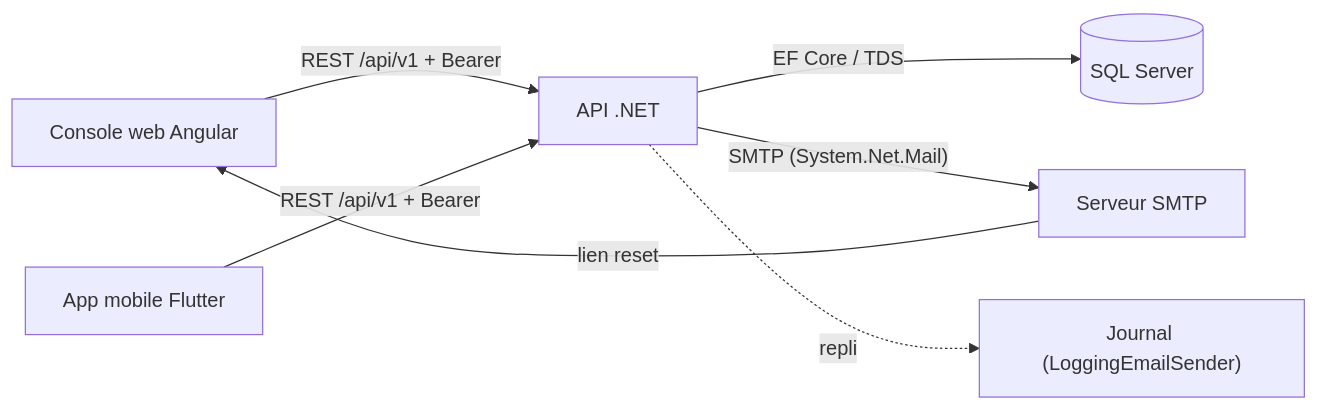
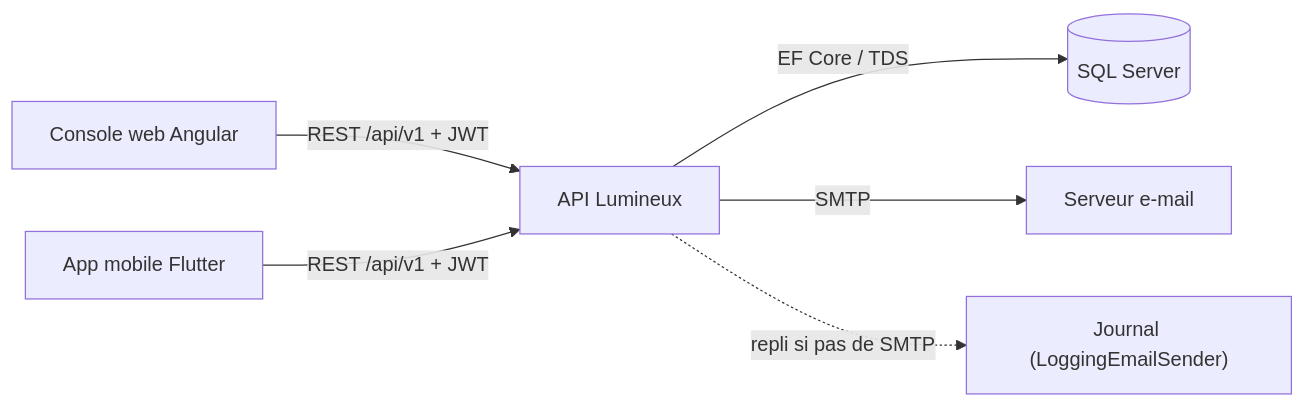
One commit to kiboMarcel/lumineux changed the diagram in docs/audit/05-integrations.md. Above: the diagram before and after it, drawn with Mermaid. The commit also changed other lines of this file and 9 other files, not shown here.

````diff
--- a/docs/audit/05-integrations.md
+++ b/docs/audit/05-integrations.md
@@ -16,9 +17,8 @@
 ```mermaid
 graph LR
-    SPA["Console web Angular"] -->|"REST /api/v1 + Bearer"| API["API .NET"]
-    Mobile["App mobile Flutter"] -->|"REST /api/v1 + Bearer"| API
-    API -->|"EF Core / TDS"| DB[("SQL Server")]
-    API -->|"SMTP (System.Net.Mail)"| SMTP["Serveur SMTP"]
-    API -.->|"repli"| Log["Journal (LoggingEmailSender)"]
-    SMTP -->|"lien reset"| SPA
+    Web["Console web Angular"] -->|REST /api/v1 + JWT| API["API Lumineux"]
+    Mobile["App mobile Flutter"] -->|REST /api/v1 + JWT| API
+    API -->|EF Core / TDS| Sql[("SQL Server")]
+    API -->|SMTP| Mail["Serveur e-mail"]
+    API -.->|repli si pas de SMTP| Log["Journal (LoggingEmailSender)"]
 ```
````
